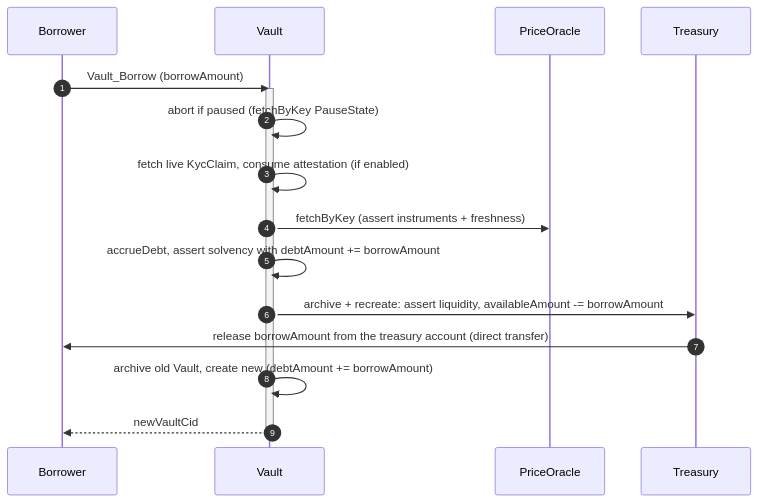
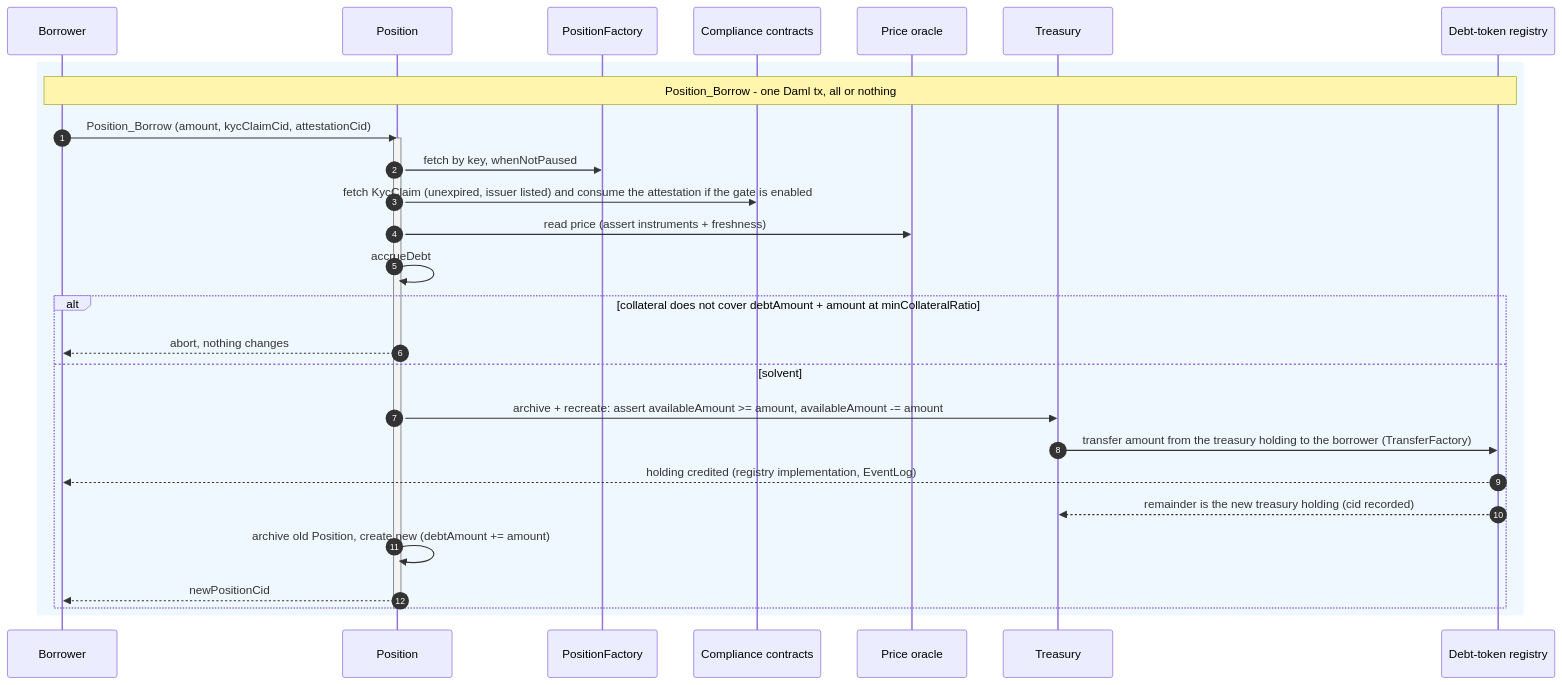
The eighth of 9 diagrams in docs/reference-architectures/lending.md (OpenZeppelin/canton-specs), drawn with Mermaid before and after one commit. The commit also changed other lines of this file and 1 other file, not shown here.

Commit message:
Applied all DEX learnings + first manual pass. (#203)

````diff
--- a/docs/reference-architectures/lending.md
+++ b/docs/reference-architectures/lending.md
@@ -384,20 +440,32 @@
 ```mermaid
 sequenceDiagram
     autonumber
     participant B as Borrower
-    participant V as Vault
-    participant O as PriceOracle
+    participant P as Position
+    participant F as PositionFactory
+    participant C as Compliance contracts
+    participant O as Price oracle
     participant T as Treasury
+    participant R as Debt-token registry
 
-    B->>V: Vault_Borrow (borrowAmount)
-    activate V
-    V->>V: abort if paused (fetchByKey PauseState)
-    V->>V: fetch live KycClaim, consume attestation (if enabled)
-    V->>O: fetchByKey (assert instruments + freshness)
-    V->>V: accrueDebt, assert solvency with debtAmount += borrowAmount
-    V->>T: archive + recreate: assert liquidity, availableAmount -= borrowAmount
-    T->>B: release borrowAmount from the treasury account (direct transfer)
-    V->>V: archive old Vault, create new (debtAmount += borrowAmount)
-    V-->>B: newVaultCid
-    deactivate V
+    rect rgb(240, 248, 255)
+    Note over B, R: Position_Borrow - one Daml tx, all or nothing
+    B->>P: Position_Borrow (amount, kycClaimCid, attestationCid)
+    activate P
+    P->>F: fetch by key, whenNotPaused
+    P->>C: fetch KycClaim (unexpired, issuer listed) and consume the attestation if the gate is enabled
+    P->>O: read price (assert instruments + freshness)
+    P->>P: accrueDebt
+    alt collateral does not cover debtAmount + amount at minCollateralRatio
+        P-->>B: abort, nothing changes
+    else solvent
+        P->>T: archive + recreate: assert availableAmount >= amount, availableAmount -= amount
+        T->>R: transfer amount from the treasury holding to the borrower (TransferFactory)
+        R-->>B: holding credited (registry implementation, EventLog)
+        R-->>T: remainder is the new treasury holding (cid recorded)
+        P->>P: archive old Position, create new (debtAmount += amount)
+        P-->>B: newPositionCid
+    end
+    deactivate P
+    end
 ```
````
